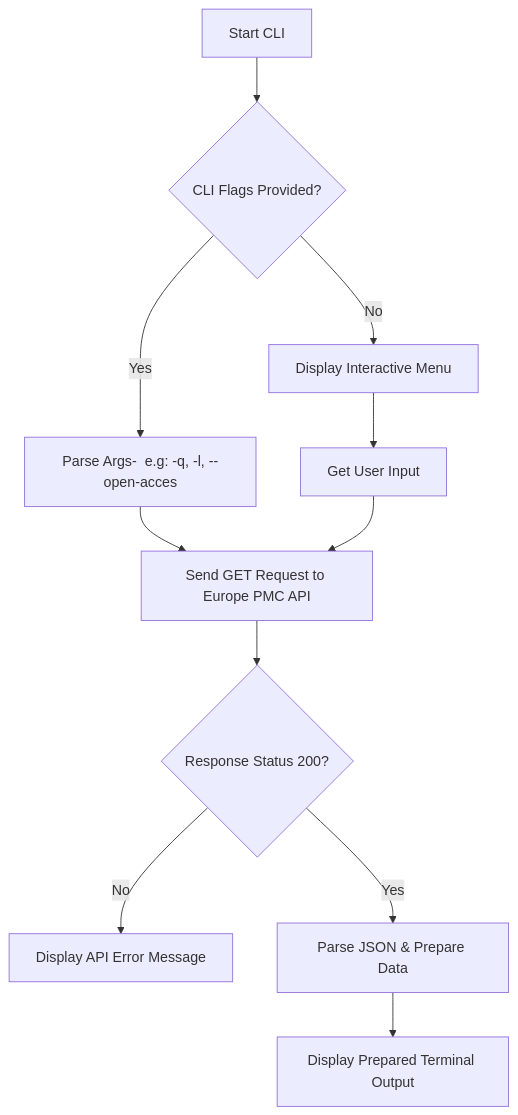
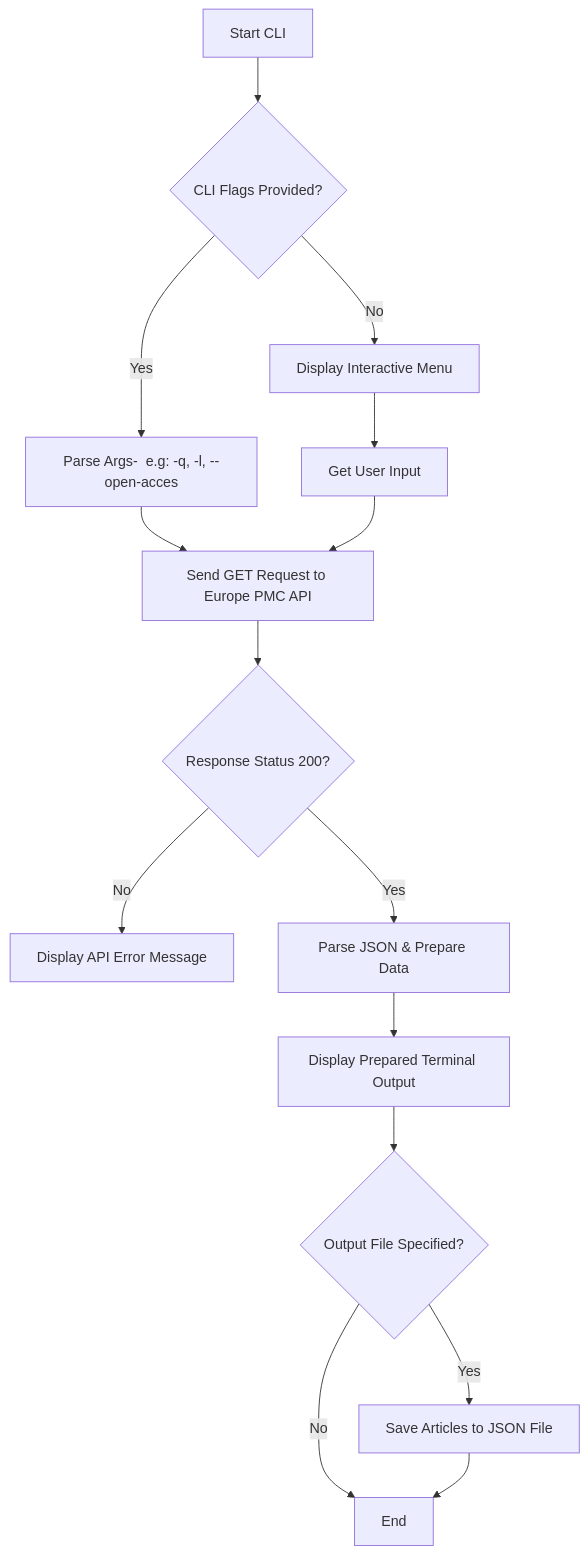
One commit to farukttbasar/biopaper-fetcher-api changed the diagram in README.md. Above: the diagram before and after it, drawn with Mermaid.

Commit message:
update the mermaid

````diff
--- a/README.md
+++ b/README.md
@@ -5,13 +5,18 @@
 ```mermaid
 flowchart TD
     A[Start CLI] --> B{CLI Flags Provided?}
     B -- Yes --> C[Parse Args-  e.g: -q, -l, --open-acces]
     B -- No --> D[Display Interactive Menu]
     D --> E[Get User Input]
     C --> F[Send GET Request to Europe PMC API]
     E --> F
     F --> G{Response Status 200?}
     G -- No --> H[Display API Error Message]
     G -- Yes --> I[Parse JSON & Prepare Data]
     I --> J[Display Prepared Terminal Output]
+    J --> K{Output File Specified?}
+    K -- Yes --> L[Save Articles to JSON File]
+    K -- No --> M[End]
+    L --> M
+    
 ```
````
